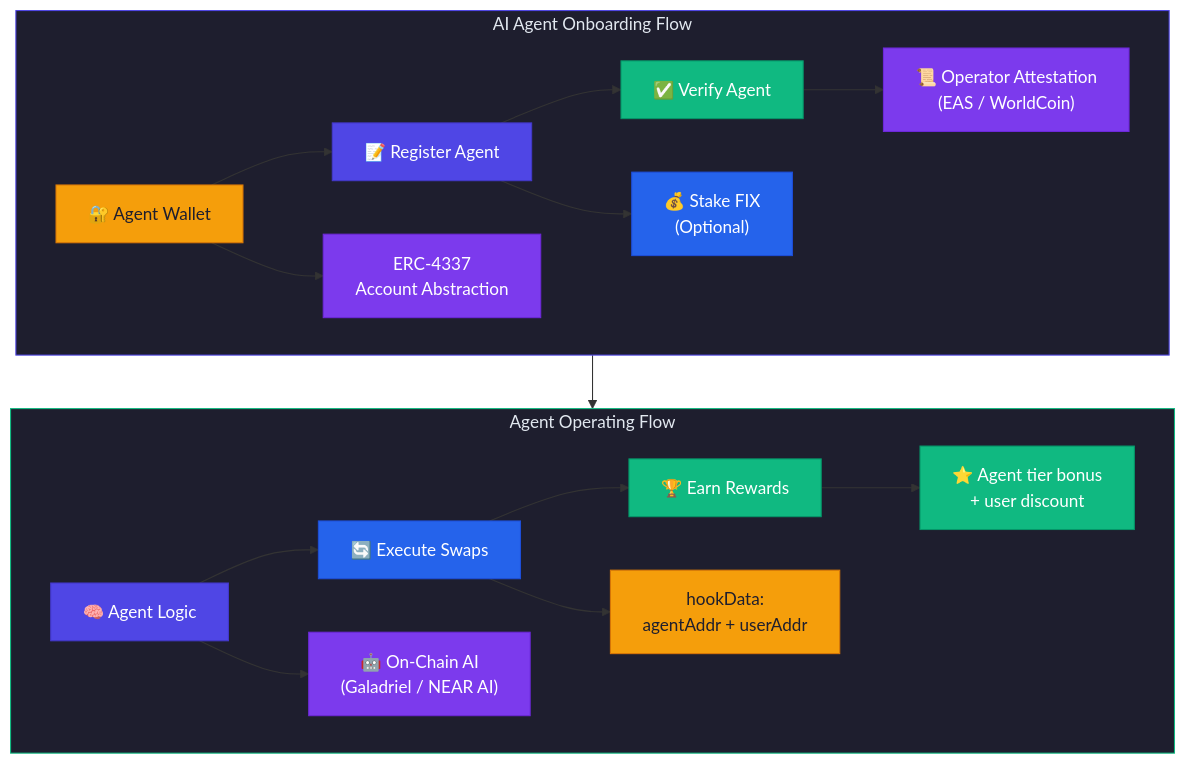
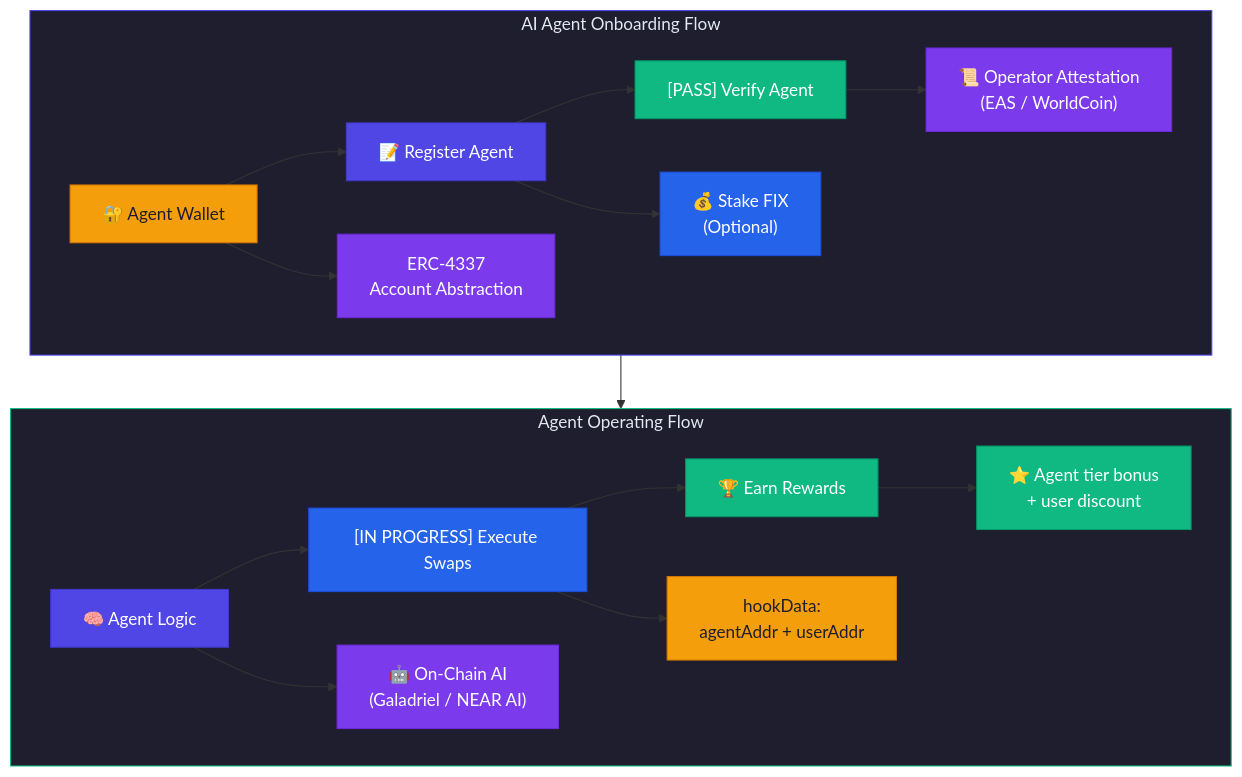
The fourth of 5 diagrams in docs/UPGRADEABILITY_AND_AI_AGENTS.md (guglxni/the-fixer-hook), drawn with Mermaid before and after one commit. The commit also changed other lines of this file and 15 other files, not shown here.

````diff
--- a/docs/UPGRADEABILITY_AND_AI_AGENTS.md
+++ b/docs/UPGRADEABILITY_AND_AI_AGENTS.md
@@ -482,37 +482,37 @@
 ```mermaid
 flowchart TD
     subgraph onboard["AI Agent Onboarding Flow"]
         direction LR
         AW["🔐 Agent Wallet"] --> Reg["📝 Register Agent"]
-        Reg --> Ver["✅ Verify Agent"]
+        Reg --> Ver["[PASS] Verify Agent"]
         AW --> ERC4337["ERC-4337\nAccount Abstraction"]
         Reg --> Stake["💰 Stake FIX\n(Optional)"]
         Ver --> Attest["📜 Operator Attestation\n(EAS / WorldCoin)"]
     end
 
     subgraph operate["Agent Operating Flow"]
         direction LR
-        Logic["🧠 Agent Logic"] --> Swap["🔄 Execute Swaps"]
+        Logic["🧠 Agent Logic"] --> Swap["[IN PROGRESS] Execute Swaps"]
         Swap --> Earn["🏆 Earn Rewards"]
         Logic --> Model["🤖 On-Chain AI\n(Galadriel / NEAR AI)"]
         Swap --> Hook["hookData:\nagentAddr + userAddr"]
         Earn --> Bonus["⭐ Agent tier bonus\n+ user discount"]
     end
 
     onboard --> operate
 
     style onboard fill:#1E1E2E,color:#E2E8F0,stroke:#4F46E5
     style AW fill:#F59E0B,color:#1E1E2E,stroke:#D97706
     style Reg fill:#4F46E5,color:#FFFFFF,stroke:#4338CA
     style Ver fill:#10B981,color:#FFFFFF,stroke:#059669
     style ERC4337 fill:#7C3AED,color:#FFFFFF,stroke:#6D28D9
     style Stake fill:#2563EB,color:#FFFFFF,stroke:#1D4ED8
     style Attest fill:#7C3AED,color:#FFFFFF,stroke:#6D28D9
     style operate fill:#1E1E2E,color:#E2E8F0,stroke:#10B981
     style Logic fill:#4F46E5,color:#FFFFFF,stroke:#4338CA
     style Swap fill:#2563EB,color:#FFFFFF,stroke:#1D4ED8
     style Earn fill:#10B981,color:#FFFFFF,stroke:#059669
     style Model fill:#7C3AED,color:#FFFFFF,stroke:#6D28D9
     style Hook fill:#F59E0B,color:#1E1E2E,stroke:#D97706
     style Bonus fill:#10B981,color:#FFFFFF,stroke:#059669
 ```
````
